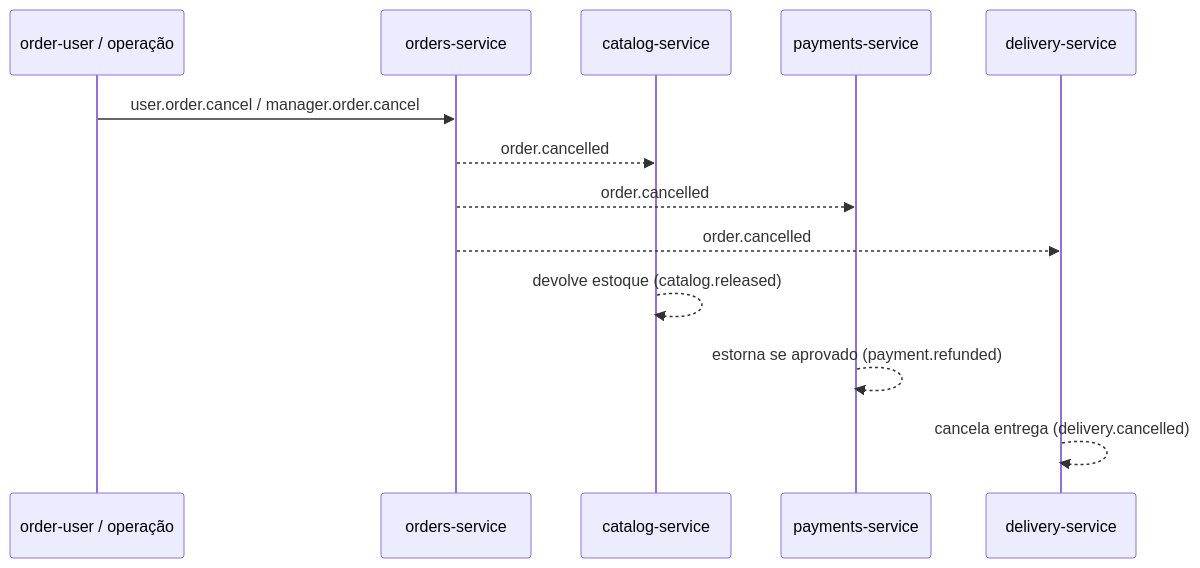
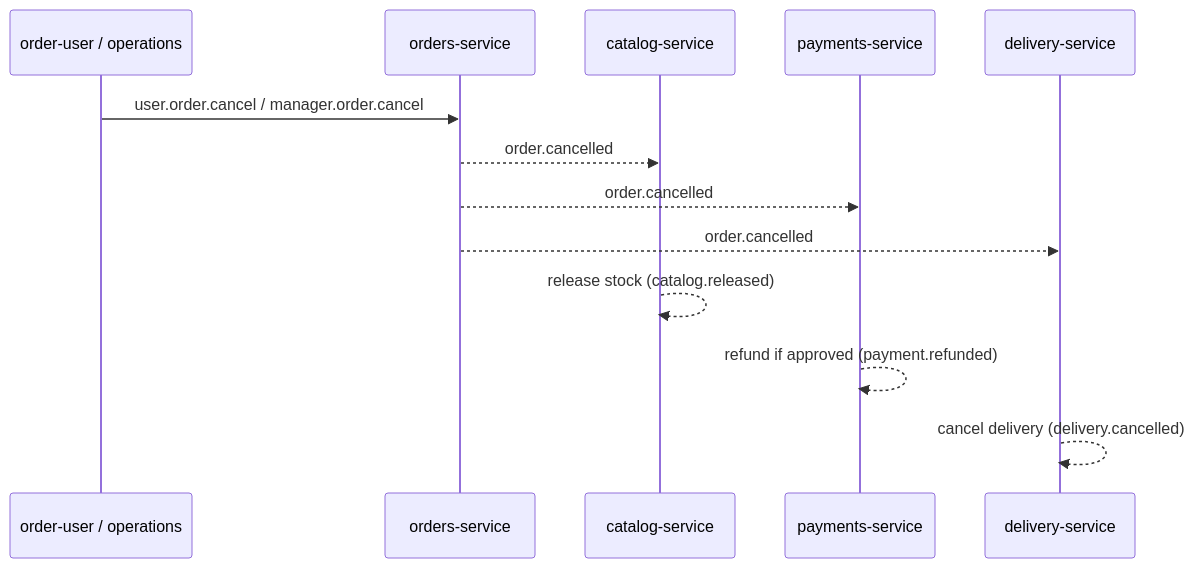
The second of 3 diagrams in docs/architecture.md (fabiossena/microservice-architecture), drawn with Mermaid before and after one commit. The commit also changed other lines of this file and 75 other files, not shown here.

````diff
--- a/docs/architecture.md
+++ b/docs/architecture.md
@@ -78,16 +78,16 @@
 ```mermaid
 sequenceDiagram
-    participant U as order-user / operação
+    participant U as order-user / operations
     participant O as orders-service
     participant C as catalog-service
     participant P as payments-service
     participant D as delivery-service
 
     U->>O: user.order.cancel / manager.order.cancel
     O-->>C: order.cancelled
     O-->>P: order.cancelled
     O-->>D: order.cancelled
-    C-->>C: devolve estoque (catalog.released)
-    P-->>P: estorna se aprovado (payment.refunded)
-    D-->>D: cancela entrega (delivery.cancelled)
+    C-->>C: release stock (catalog.released)
+    P-->>P: refund if approved (payment.refunded)
+    D-->>D: cancel delivery (delivery.cancelled)
 ```
````
